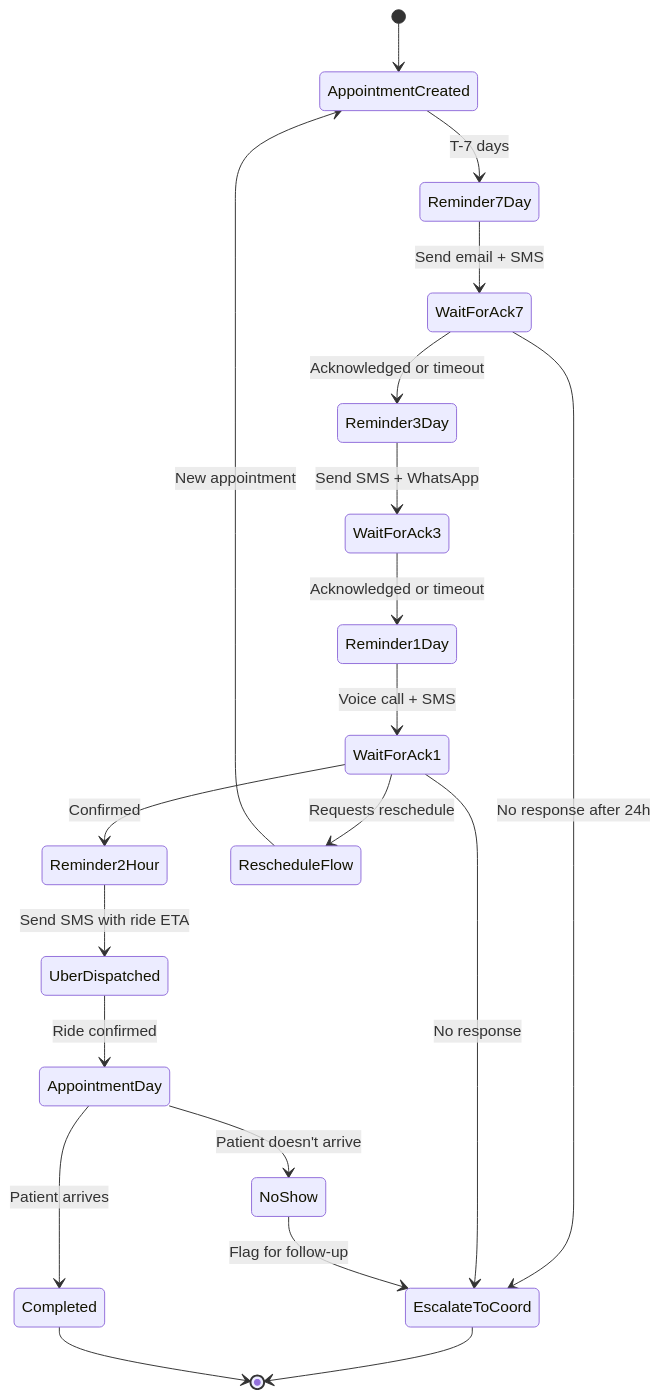
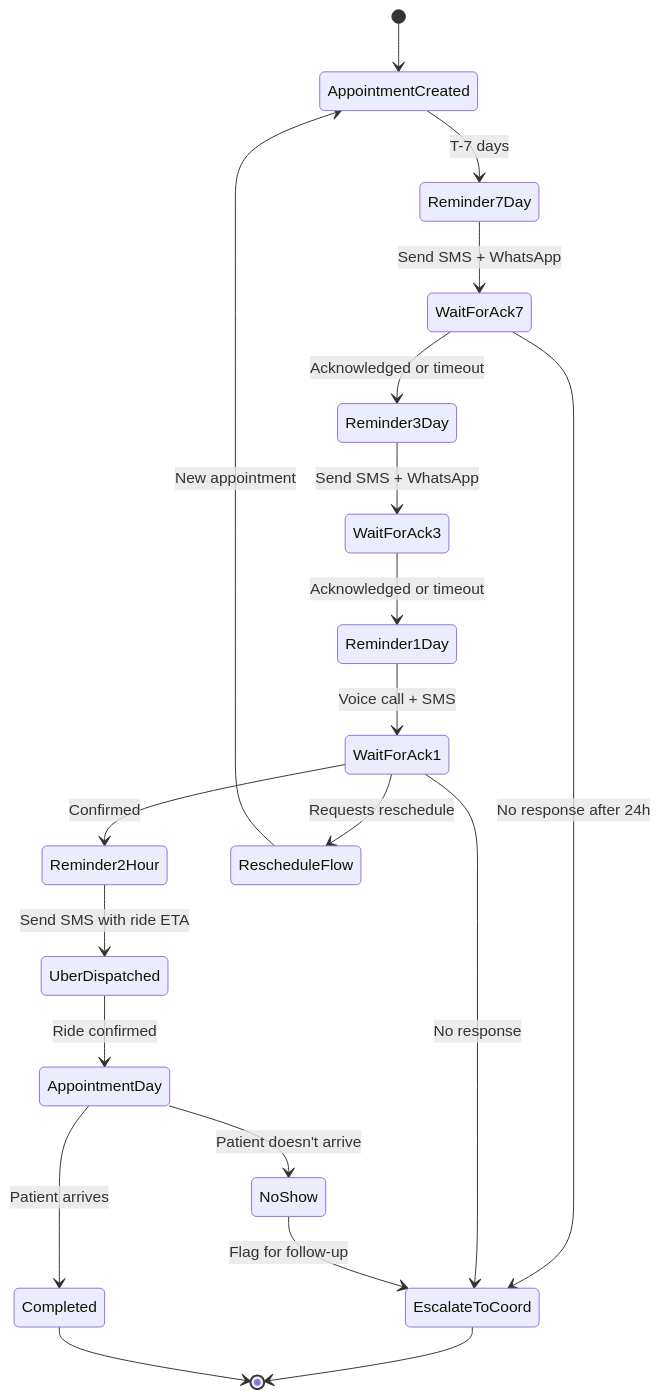
One commit to wilsonwolf/ask_mary changed the third of 10 diagrams in local_docs/ask_mary_plan.md. Above: the diagram before and after it, drawn with Mermaid. The commit also changed other lines of this file and 1 other file, not shown here.

First line of the commit message:
docs: add agent dev workflow plan, update architecture for hybrid data layer and GCP

````diff
--- a/local_docs/ask_mary_plan.md
+++ b/local_docs/ask_mary_plan.md
@@ -408,30 +442,30 @@
 ```mermaid
 stateDiagram-v2
     [*] --> AppointmentCreated
 
     AppointmentCreated --> Reminder7Day: T-7 days
-    Reminder7Day --> WaitForAck7: Send email + SMS
+    Reminder7Day --> WaitForAck7: Send SMS + WhatsApp
 
     WaitForAck7 --> Reminder3Day: Acknowledged or timeout
     WaitForAck7 --> EscalateToCoord: No response after 24h
 
     Reminder3Day --> WaitForAck3: Send SMS + WhatsApp
     WaitForAck3 --> Reminder1Day: Acknowledged or timeout
 
     Reminder1Day --> WaitForAck1: Voice call + SMS
     WaitForAck1 --> Reminder2Hour: Confirmed
     WaitForAck1 --> RescheduleFlow: Requests reschedule
     WaitForAck1 --> EscalateToCoord: No response
 
     RescheduleFlow --> AppointmentCreated: New appointment
 
     Reminder2Hour --> UberDispatched: Send SMS with ride ETA
     UberDispatched --> AppointmentDay: Ride confirmed
 
     AppointmentDay --> Completed: Patient arrives
     AppointmentDay --> NoShow: Patient doesn't arrive
     NoShow --> EscalateToCoord: Flag for follow-up
 
     EscalateToCoord --> [*]
     Completed --> [*]
 ```
````
